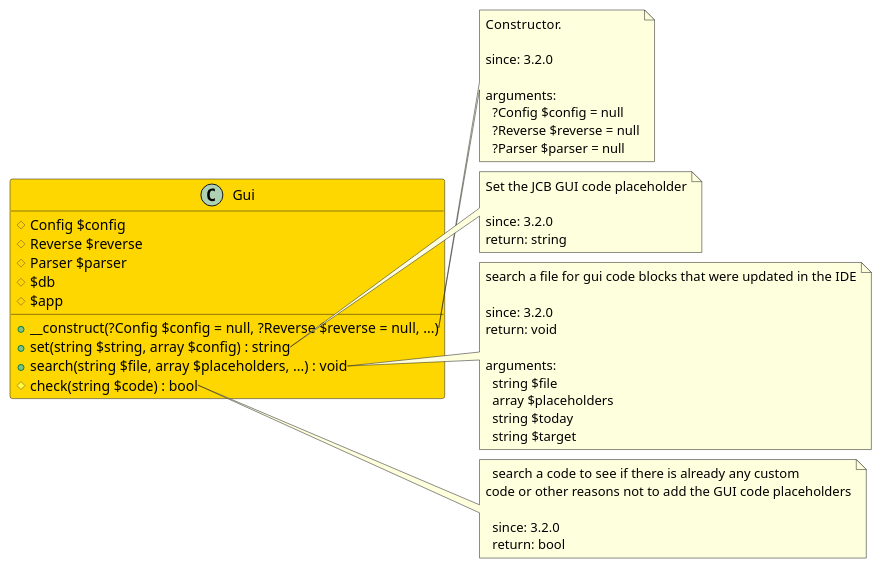
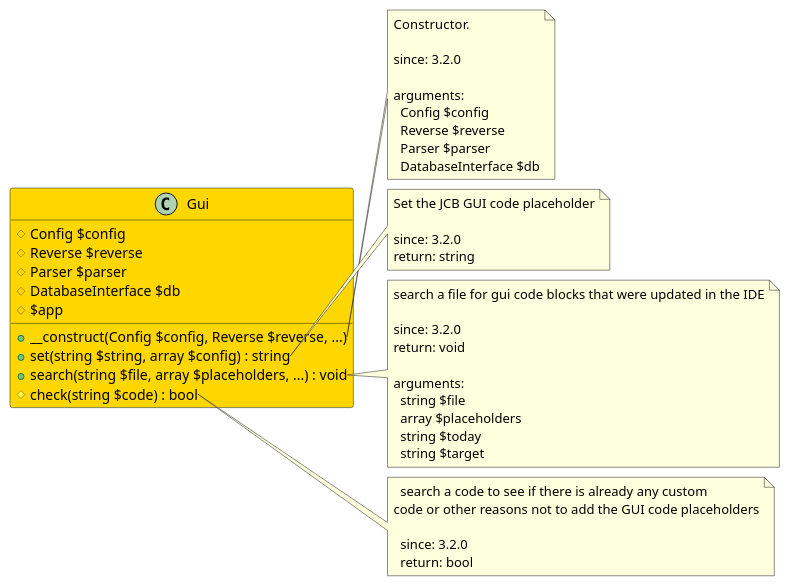
The diagram in src/1bd48df2-4f7e-4581-9fe9-4b54e59105e3/README.md (joomengine/jcb-compiler), drawn with PlantUML before and after one commit. The commit also changed 440 other files, not shown here.

````diff
--- a/src/1bd48df2-4f7e-4581-9fe9-4b54e59105e3/README.md
+++ b/src/1bd48df2-4f7e-4581-9fe9-4b54e59105e3/README.md
@@ -5,56 +5,57 @@
 ```uml
 @startuml
 
 class Gui  #Gold {
   # Config $config
   # Reverse $reverse
   # Parser $parser
-  # $db
+  # DatabaseInterface $db
   # $app
-  + __construct(?Config $config = null, ?Reverse $reverse = null, ...)
+  + __construct(Config $config, Reverse $reverse, ...)
   + set(string $string, array $config) : string
   + search(string $file, array $placeholders, ...) : void
   # check(string $code) : bool
 }
 
 note right of Gui::__construct
   Constructor.
 
   since: 3.2.0
   
   arguments:
-    ?Config $config = null
-    ?Reverse $reverse = null
-    ?Parser $parser = null
+    Config $config
+    Reverse $reverse
+    Parser $parser
+    DatabaseInterface $db
 end note
 
 note right of Gui::set
   Set the JCB GUI code placeholder
 
   since: 3.2.0
   return: string
 end note
 
 note right of Gui::search
   search a file for gui code blocks that were updated in the IDE
 
   since: 3.2.0
   return: void
   
   arguments:
     string $file
     array $placeholders
     string $today
     string $target
 end note
 
 note right of Gui::check
   search a code to see if there is already any custom
 code or other reasons not to add the GUI code placeholders
 
   since: 3.2.0
   return: bool
 end note
 
 @enduml
 ```
````
